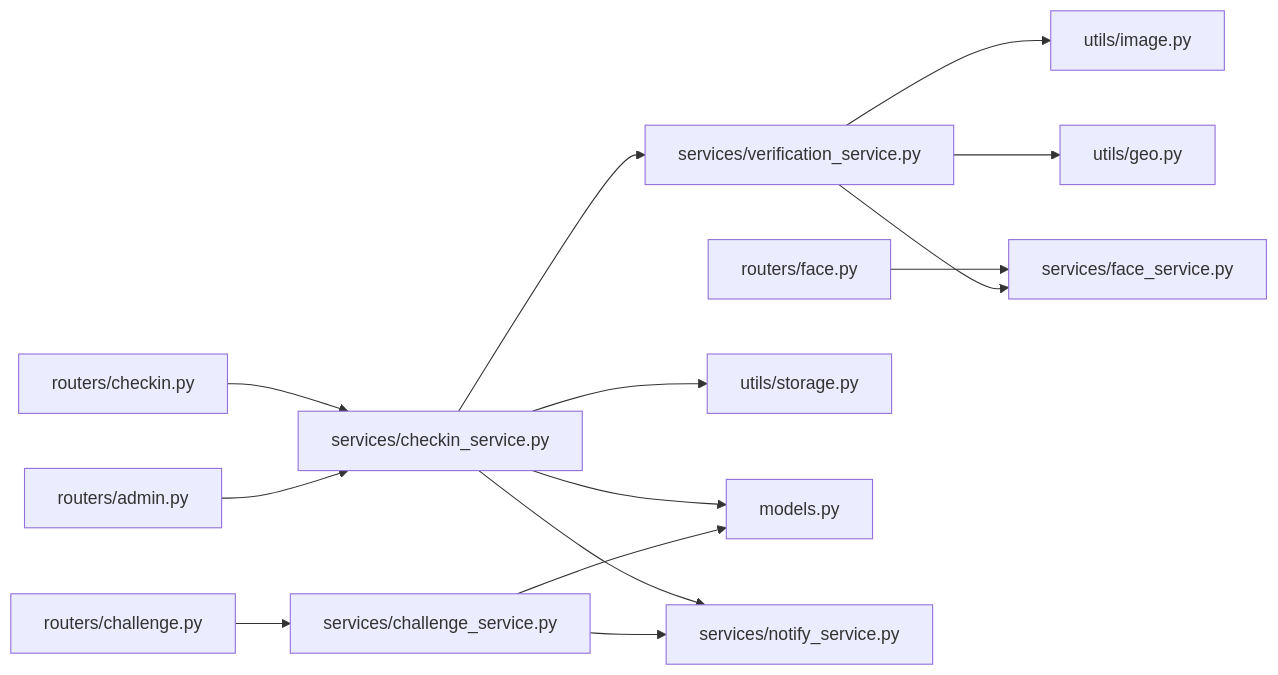
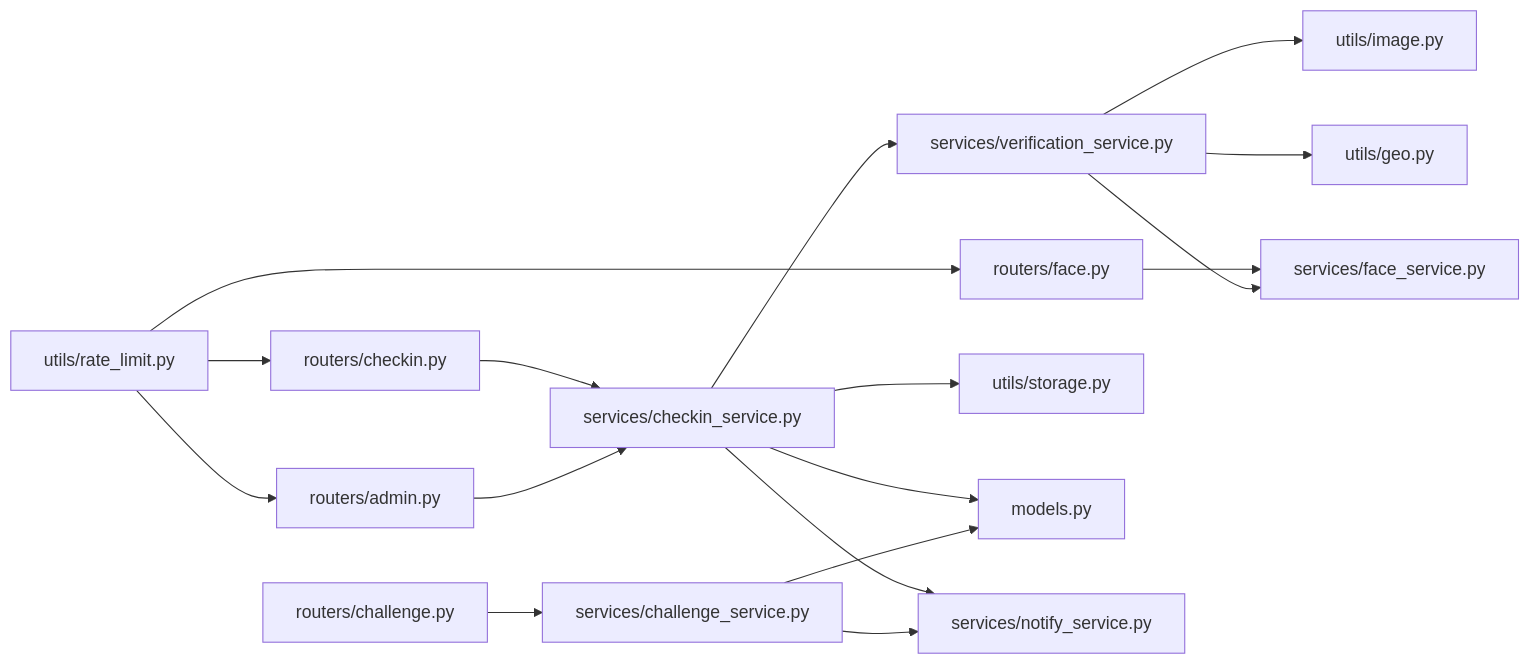
One commit to onebody/homework changed the tenth of 10 diagrams in .qoder/repowiki/zh/content/暑假作业打卡系统/核心业务功能/打卡管理系统.md. Above: the diagram before and after it, drawn with Mermaid. The commit also changed other lines of this file and 14 other files, not shown here.

````diff
--- a/.qoder/repowiki/zh/content/暑假作业打卡系统/核心业务功能/打卡管理系统.md
+++ b/.qoder/repowiki/zh/content/暑假作业打卡系统/核心业务功能/打卡管理系统.md
@@ -459,16 +501,19 @@
 ```mermaid
 graph LR
 R_Checkin["routers/checkin.py"] --> S_Checkin["services/checkin_service.py"]
 R_Admin["routers/admin.py"] --> S_Checkin
 R_Face["routers/face.py"] --> S_Face["services/face_service.py"]
 R_Challenge["routers/challenge.py"] --> S_Challenge["services/challenge_service.py"]
 S_Checkin --> V_Svc["services/verification_service.py"]
 V_Svc --> U_Image["utils/image.py"]
 V_Svc --> U_Geo["utils/geo.py"]
 V_Svc --> S_Face
 S_Checkin --> U_Store["utils/storage.py"]
 S_Checkin --> Models["models.py"]
 S_Checkin --> Notify["services/notify_service.py"]
 S_Challenge --> Models
 S_Challenge --> Notify
+U_RateLimit["utils/rate_limit.py"] --> R_Checkin
+U_RateLimit --> R_Face
+U_RateLimit --> R_Admin
 ```
````
